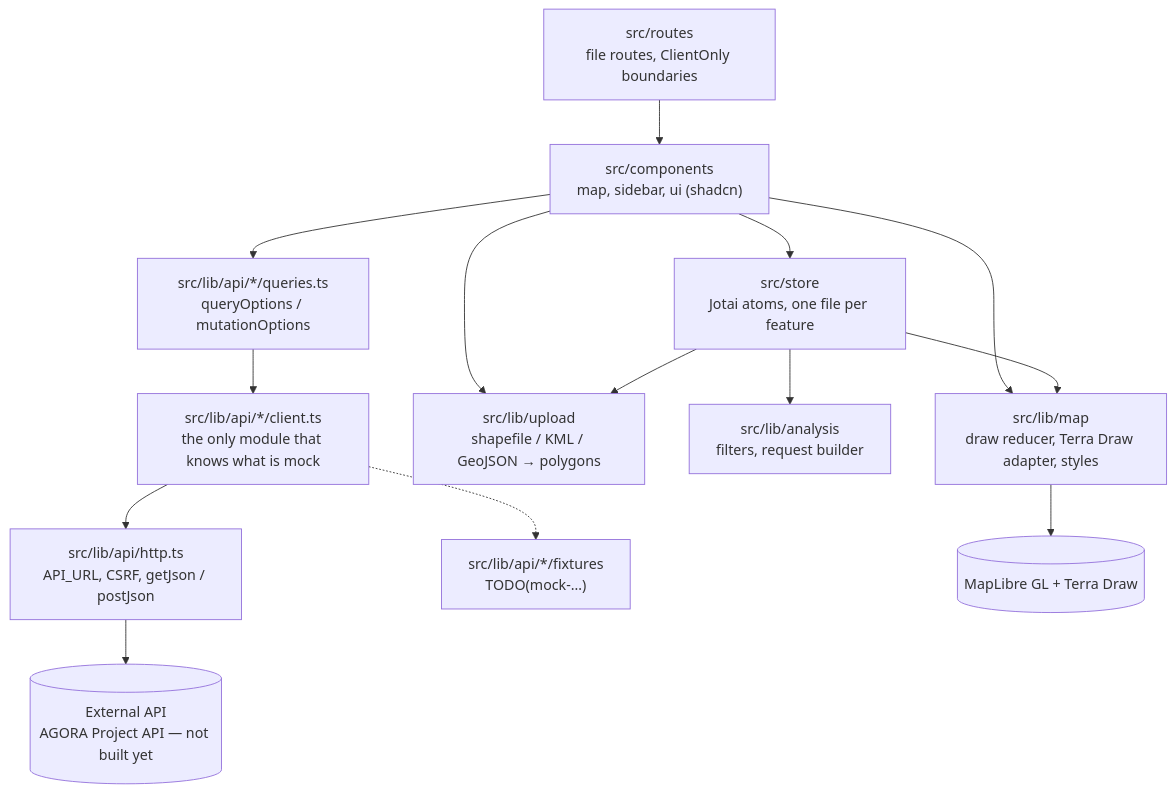
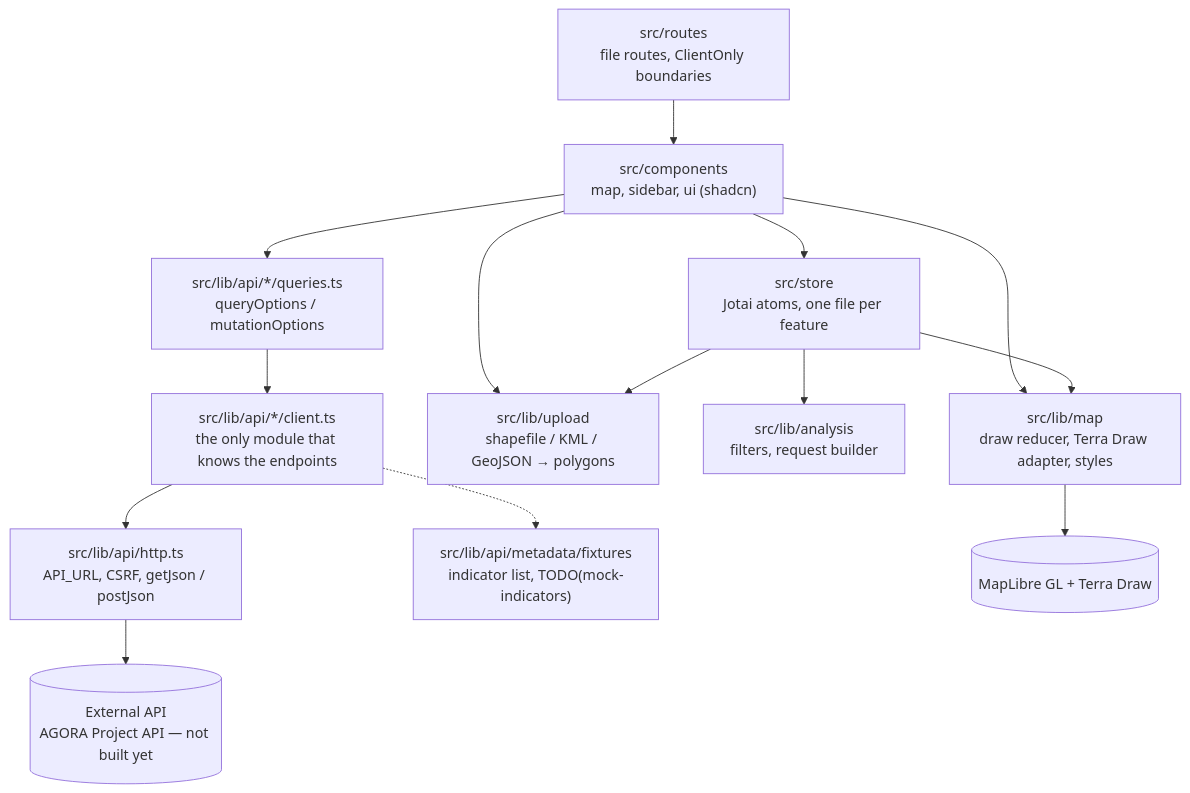
The diagram in README.md (Vizzuality/agora-paraguay), drawn with Mermaid before and after one commit. The commit also changed other lines of this file and 25 other files, not shown here.

````diff
--- a/README.md
+++ b/README.md
@@ -88,29 +88,29 @@
 ```mermaid
 flowchart TD
   routes["src/routes\nfile routes, ClientOnly boundaries"]
   components["src/components\nmap, sidebar, ui (shadcn)"]
   store["src/store\nJotai atoms, one file per feature"]
   map["src/lib/map\ndraw reducer, Terra Draw adapter, styles"]
   upload["src/lib/upload\nshapefile / KML / GeoJSON → polygons"]
   analysis["src/lib/analysis\nfilters, request builder"]
   queries["src/lib/api/*/queries.ts\nqueryOptions / mutationOptions"]
-  client["src/lib/api/*/client.ts\nthe only module that knows what is mock"]
+  client["src/lib/api/*/client.ts\nthe only module that knows the endpoints"]
   http["src/lib/api/http.ts\nAPI_URL, CSRF, getJson / postJson"]
-  fixtures["src/lib/api/*/fixtures\nTODO(mock-…)"]
+  fixtures["src/lib/api/metadata/fixtures\nindicator list, TODO(mock-indicators)"]
   api[("External API\nAGORA Project API — not built yet")]
   maplibre[("MapLibre GL + Terra Draw")]
 
   routes --> components
   components --> store
   components --> queries
   components --> map
   components --> upload
   store --> map
   store --> analysis
   store --> upload
   queries --> client
   client --> http
   client -.-> fixtures
   http --> api
   map --> maplibre
 ```
````
